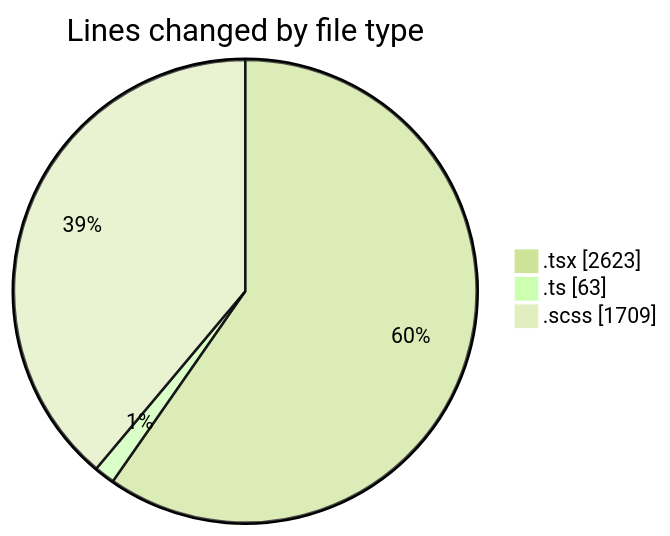
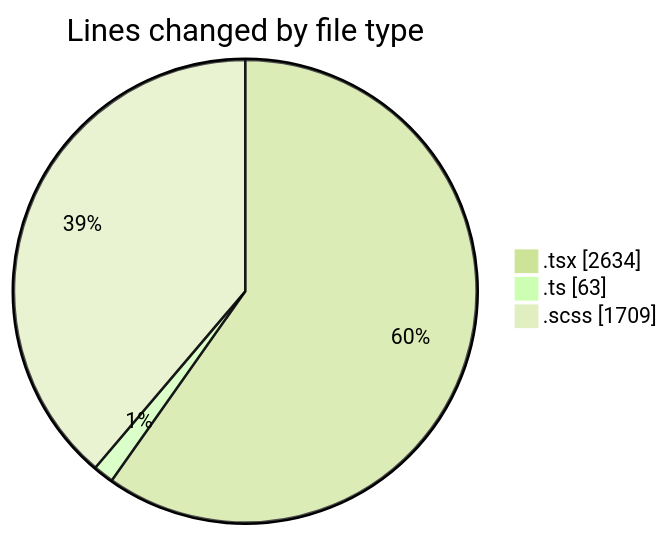
Before and after one commit to momahboobian/code-tracking: the first of 2 diagrams in 2025-04-02/cda/README.md, drawn with Mermaid (forest theme). The commit also changed other lines of this file and 1 other file, not shown here.

````diff
--- a/2025-04-02/cda/README.md
+++ b/2025-04-02/cda/README.md
@@ -30,7 +30,7 @@
 ```mermaid
 pie showData
 title Lines changed by file type
-".tsx" : 2623
+".tsx" : 2634
 ".ts" : 63
 ".scss" : 1709
 ```
````
